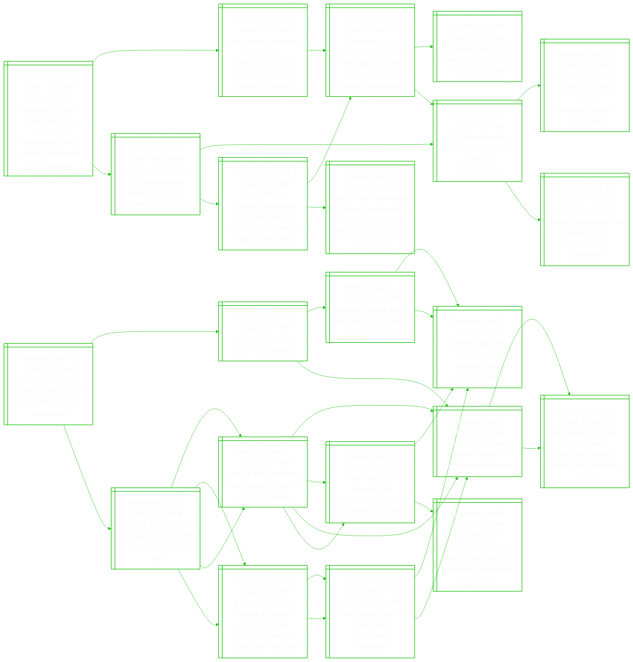
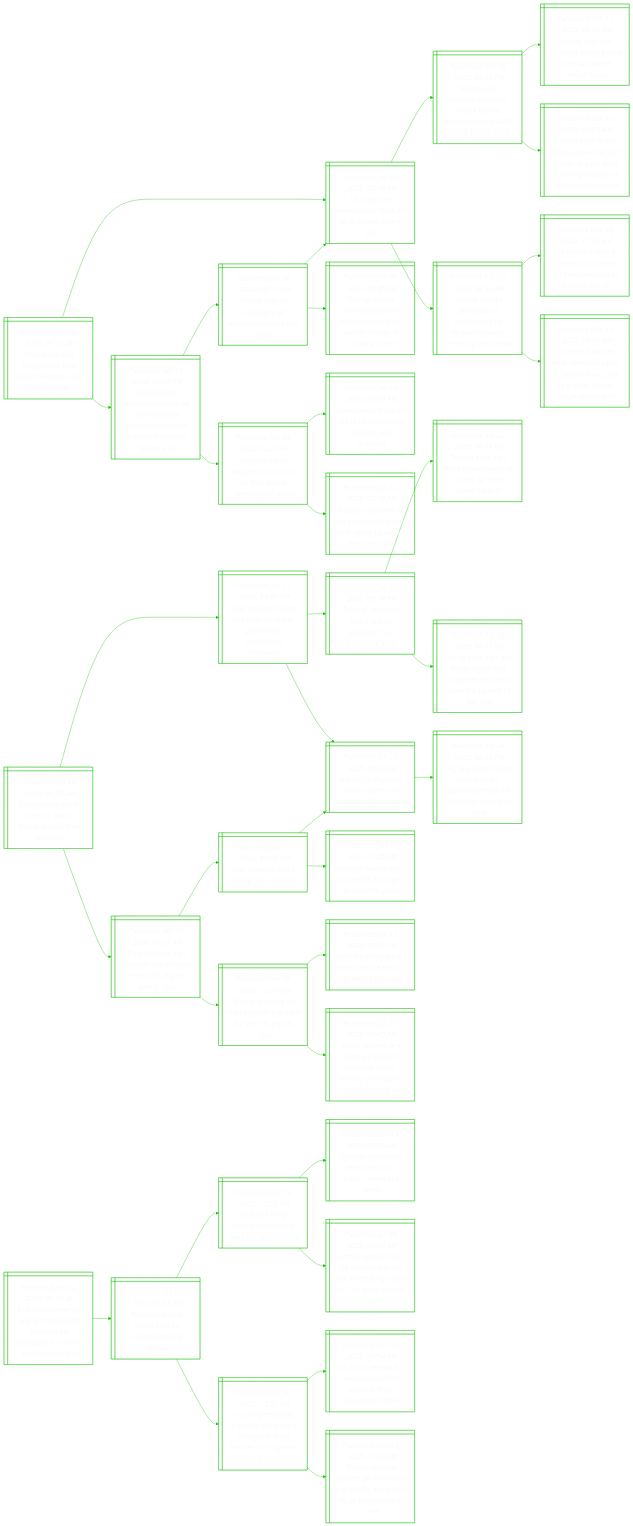
Before and after one commit to notJmes/notJmes: the diagram in README.md, drawn with Mermaid. The commit also changed other lines of this file, not shown here.

````diff
--- a/README.md
+++ b/README.md
@@ -16,115 +16,118 @@
 flowchart LR
 classDef txtsize font-size:20px;
 
-Uesisudecoeartrlhn@{ shape: win-pane, label: "_Published Jan 12, 2026, 01:52 AM_
-Us homeland security to send hundreds more officers to minnesota amid protests over fatal ice shooting" }
-FnyIognoaoaWHsr@{ shape: win-pane, label: "_Published Jan 11, 2026, 07:55 AM_
-Fbi’s inquiry into ice shooting in minneapolis faces doubts after white house’s remarks" }
-PsUhiaMasrhneiG@{ shape: win-pane, label: "_Published Jan 09, 2026, 07:04 AM_
-Protesters, us authorities clash in minneapolis after ice shooting of renee nicole good" }
-Itogntase@{ shape: win-pane, label: "_Published Jan 08, 2026, 06:11 PM_
-Ice fatal shooting of minnesota woman puts us on edge" }
-UiifflomMas@{ shape: win-pane, label: "_Published Jan 08, 2026, 06:35 AM_
-Us immigration officer fatally shoots woman in minneapolis" }
-Ndeonahntnins@{ shape: win-pane, label: "_Published Jan 10, 2026, 09:28 AM_
-New video emerges of minnesota ice shooting, further inflaming tensions" }
-UiifflomMas@{ shape: win-pane, label: "_Published Jan 08, 2026, 06:35 AM_
-Us immigration officer fatally shoots woman in minneapolis" }
-Coboyyuustlts@{ shape: win-pane, label: "_Published Jan 03, 2026, 10:23 AM_
-California ban on openly carrying guns is unconstitutional, court rules" }
-UgelbGaarmtei@{ shape: win-pane, label: "_Published Dec 12, 2025, 12:45 AM_
-Us judge orders kilmar abrego garcia released from immigration detention" }
-ToietafganefwaCo@{ shape: win-pane, label: "_Published Jan 10, 2026, 09:40 AM_
-Trump officials reopen thousands of refugee claims in minnesota following fatal ice shooting" }
-PsUhiaMasrhneiG@{ shape: win-pane, label: "_Published Jan 09, 2026, 07:04 AM_
-Protesters, us authorities clash in minneapolis after ice shooting of renee nicole good" }
-VseiderrtiutsDt@{ shape: win-pane, label: "_Published Jan 09, 2026, 08:07 AM_
-Vance says new anti-fraud prosecutor will report to white house, not us justice department" }
+Trtgotomtlr@{ shape: win-pane, label: "_Published Jan 12, 2026, 07:14 AM_
+Trump reposts suggestion that rubio become next cuba leader" }
+UtVuMorkms@{ shape: win-pane, label: "_Published Jan 03, 2026, 02:58 PM_
+Us captured venezuela’s maduro after strike, trump says" }
+Vuoilranhibai@{ shape: win-pane, label: "_Published Oct 10, 2025, 05:02 PM_
+Venezuelan opposition leader maria corina machado wins 2025 nobel peace prize" }
+TsonoeroelS@{ shape: win-pane, label: "_Published Oct 01, 2025, 05:12 AM_
+Trump says not winning nobel peace prize would be ‘insult’ to us" }
+TssHaossaaorslaoe@{ shape: win-pane, label: "_Published Oct 09, 2025, 05:09 AM_
+Trump says israel, hamas agree on first phase of gaza deal, allowing release of all israeli hostages" }
+Toskftdasitgz@{ shape: win-pane, label: "_Published Dec 17, 2025, 08:34 AM_
+Trump orders blockade of sanctioned oil tankers leaving, entering venezuela" }
+Uistitktvlanf@{ shape: win-pane, label: "_Published Dec 16, 2025, 11:09 AM_
+Us military says it carried out strikes on three vessels in eastern pacific" }
+Uznenltrwtphoon@{ shape: win-pane, label: "_Published Dec 13, 2025, 11:10 AM_
+Us seized tanker near venezuela just as warrant was set to expire, shows court document" }
+Vusnefpiresredoe@{ shape: win-pane, label: "_Published Jan 11, 2026, 08:20 PM_
+Venezuelans demand release of more political prisoners; ousted president maduro ‘doing well’" }
+TsSsoeady@{ shape: win-pane, label: "_Published Jan 08, 2026, 08:11 PM_
+Trump says us oversight of venezuela could last years" }
+Tieosoiutrttlyo@{ shape: win-pane, label: "_Published Jan 08, 2026, 08:46 AM_
+Trump invites colombia’s petro to white house after earlier threat of military action" }
+UtVuMorkms@{ shape: win-pane, label: "_Published Jan 03, 2026, 02:58 PM_
+Us captured venezuela’s maduro after strike, trump says" }
+MooaStccrmg@{ shape: win-pane, label: "_Published Jan 05, 2026, 03:20 PM_
+Maduro set to appear in us court to face narco-terrorism charges" }
+VuMoiuyytdn@{ shape: win-pane, label: "_Published Jan 04, 2026, 07:03 PM_
+Venezuela’s maduro sits in us custody as loyalists vow defiance" }
+MoibadwWocma@{ shape: win-pane, label: "_Published Jan 05, 2026, 02:15 PM_
+Maduro and wife to be arraigned in new york: what to expect from the case" }
 
-Uesisudecoeartrlhn:::txtsize --> FnyIognoaoaWHsr:::txtsize
-FnyIognoaoaWHsr:::txtsize --> PsUhiaMasrhneiG:::txtsize
-PsUhiaMasrhneiG:::txtsize --> Itogntase:::txtsize
-PsUhiaMasrhneiG:::txtsize --> UiifflomMas:::txtsize
-Uesisudecoeartrlhn:::txtsize --> Ndeonahntnins:::txtsize
-Ndeonahntnins:::txtsize --> UiifflomMas:::txtsize
-UiifflomMas:::txtsize --> Coboyyuustlts:::txtsize
-UiifflomMas:::txtsize --> UgelbGaarmtei:::txtsize
-Ndeonahntnins:::txtsize --> ToietafganefwaCo:::txtsize
-ToietafganefwaCo:::txtsize --> PsUhiaMasrhneiG:::txtsize
-ToietafganefwaCo:::txtsize --> VseiderrtiutsDt:::txtsize
+Trtgotomtlr:::txtsize --> UtVuMorkms:::txtsize
+UtVuMorkms:::txtsize --> Vuoilranhibai:::txtsize
+Vuoilranhibai:::txtsize --> TsonoeroelS:::txtsize
+Vuoilranhibai:::txtsize --> TssHaossaaorslaoe:::txtsize
+UtVuMorkms:::txtsize --> Toskftdasitgz:::txtsize
+Toskftdasitgz:::txtsize --> Uistitktvlanf:::txtsize
+Toskftdasitgz:::txtsize --> Uznenltrwtphoon:::txtsize
+Trtgotomtlr:::txtsize --> Vusnefpiresredoe:::txtsize
+Vusnefpiresredoe:::txtsize --> TsSsoeady:::txtsize
+TsSsoeady:::txtsize --> Tieosoiutrttlyo:::txtsize
+TsSsoeady:::txtsize --> UtVuMorkms:::txtsize
+Vusnefpiresredoe:::txtsize --> MooaStccrmg:::txtsize
+MooaStccrmg:::txtsize --> VuMoiuyytdn:::txtsize
+MooaStccrmg:::txtsize --> MoibadwWocma:::txtsize
 
+DsoLnsnaat@{ shape: win-pane, label: "_Published Jan 12, 2026, 06:59 AM_
+Demonstrators in london, paris, istanbul back iran protests" }
+Irthrarwrkmc@{ shape: win-pane, label: "_Published Jan 11, 2026, 04:30 PM_
+Iran protest death toll rises as alarm grows over crackdown ‘massacre’" }
+Saokdatocis@{ shape: win-pane, label: "_Published Jan 01, 2026, 07:34 PM_
+Several reported killed in iran protests over economic woes" }
+Tsrseeworre@{ shape: win-pane, label: "_Published Jun 22, 2025, 08:14 AM_
+Trump says iran must make peace or ‘we will go after’ other targets" }
+Tsrdeecedletdr@{ shape: win-pane, label: "_Published Jun 24, 2025, 06:17 AM_
+Trump says iran and israel agree to a ‘complete and total’ ceasefire to end 12-day war" }
+IDrenuibe@{ shape: win-pane, label: "_Published Jun 25, 2025, 05:00 AM_
+Iran’s ‘12-day war’ leaves plenty of unfinished business" }
+BenmTsueIlcfe@{ shape: win-pane, label: "_Published Jun 24, 2025, 02:30 PM_
+Big questions loom over trump’s announcement of israel-iran ceasefire deal" }
 DsIrtcersp@{ shape: win-pane, label: "_Published Jan 12, 2026, 01:35 AM_
 Deaths from iran protests reach more than 500, rights group says" }
 Ioseits@{ shape: win-pane, label: "_Published Jan 11, 2026, 05:10 PM_
 Iran vows to strike back if us attacks" }
 Dsedabgrte@{ shape: win-pane, label: "_Published Jan 11, 2026, 07:26 AM_
 Dozens feared dead as iran hit by largest protests in years" }
-Saokdatocis@{ shape: win-pane, label: "_Published Jan 01, 2026, 07:34 PM_
-Several reported killed in iran protests over economic woes" }
-Saokdatocis@{ shape: win-pane, label: "_Published Jan 01, 2026, 07:34 PM_
-Several reported killed in iran protests over economic woes" }
 IDrenuibe@{ shape: win-pane, label: "_Published Jun 25, 2025, 05:00 AM_
 Iran’s ‘12-day war’ leaves plenty of unfinished business" }
-BenmTsueIlcfe@{ shape: win-pane, label: "_Published Jun 24, 2025, 02:30 PM_
-Big questions loom over trump’s announcement of israel-iran ceasefire deal" }
 TbiIpsnres@{ shape: win-pane, label: "_Published Jan 12, 2026, 12:57 AM_
 Trump briefing on iran options planned for jan 13, report says" }
 SItehseosn@{ shape: win-pane, label: "_Published Jan 11, 2026, 06:57 PM_
 Son of iran’s toppled shah seeks a role as protests expand" }
-IDrenuibe@{ shape: win-pane, label: "_Published Jun 25, 2025, 05:00 AM_
-Iran’s ‘12-day war’ leaves plenty of unfinished business" }
-Ihfeatrreine@{ shape: win-pane, label: "_Published Jan 09, 2026, 06:01 PM_
-Iran shuts off internet as protesters start fires in widening unrest" }
 Ilrfgftfeoawlle@{ shape: win-pane, label: "_Published Jan 11, 2026, 09:45 PM_
 Iran’s leaders are facing a perfect storm of crises. bloody crackdown could spell the end" }
-Irthrarwrkmc@{ shape: win-pane, label: "_Published Jan 11, 2026, 04:30 PM_
-Iran protest death toll rises as alarm grows over crackdown ‘massacre’" }
 
+DsoLnsnaat:::txtsize --> Irthrarwrkmc:::txtsize
+Irthrarwrkmc:::txtsize --> Saokdatocis:::txtsize
+Saokdatocis:::txtsize --> Tsrseeworre:::txtsize
+Saokdatocis:::txtsize --> Tsrdeecedletdr:::txtsize
+Irthrarwrkmc:::txtsize --> IDrenuibe:::txtsize
+IDrenuibe:::txtsize --> BenmTsueIlcfe:::txtsize
+DsoLnsnaat:::txtsize --> DsIrtcersp:::txtsize
 DsIrtcersp:::txtsize --> Ioseits:::txtsize
 Ioseits:::txtsize --> Dsedabgrte:::txtsize
-Dsedabgrte:::txtsize --> Saokdatocis:::txtsize
-Dsedabgrte:::txtsize --> Saokdatocis:::txtsize
 Ioseits:::txtsize --> IDrenuibe:::txtsize
-IDrenuibe:::txtsize --> BenmTsueIlcfe:::txtsize
 DsIrtcersp:::txtsize --> TbiIpsnres:::txtsize
 TbiIpsnres:::txtsize --> SItehseosn:::txtsize
-SItehseosn:::txtsize --> IDrenuibe:::txtsize
-SItehseosn:::txtsize --> Ihfeatrreine:::txtsize
 TbiIpsnres:::txtsize --> Ilrfgftfeoawlle:::txtsize
-Ilrfgftfeoawlle:::txtsize --> Irthrarwrkmc:::txtsize
 
-TbiIpsnres@{ shape: win-pane, label: "_Published Jan 12, 2026, 12:57 AM_
-Trump briefing on iran options planned for jan 13, report says" }
-SItehseosn@{ shape: win-pane, label: "_Published Jan 11, 2026, 06:57 PM_
-Son of iran’s toppled shah seeks a role as protests expand" }
-IDrenuibe@{ shape: win-pane, label: "_Published Jun 25, 2025, 05:00 AM_
-Iran’s ‘12-day war’ leaves plenty of unfinished business" }
-BenmTsueIlcfe@{ shape: win-pane, label: "_Published Jun 24, 2025, 02:30 PM_
-Big questions loom over trump’s announcement of israel-iran ceasefire deal" }
-Ihfeatrreine@{ shape: win-pane, label: "_Published Jan 09, 2026, 06:01 PM_
-Iran shuts off internet as protesters start fires in widening unrest" }
-Saokdatocis@{ shape: win-pane, label: "_Published Jan 01, 2026, 07:34 PM_
-Several reported killed in iran protests over economic woes" }
-Uaseynncueoiu@{ shape: win-pane, label: "_Published Jan 09, 2026, 05:41 AM_
-Us treasury’s bessent says iran facing precarious moment, economy in trouble" }
-Ilrfgftfeoawlle@{ shape: win-pane, label: "_Published Jan 11, 2026, 09:45 PM_
-Iran’s leaders are facing a perfect storm of crises. bloody crackdown could spell the end" }
-Irthrarwrkmc@{ shape: win-pane, label: "_Published Jan 11, 2026, 04:30 PM_
-Iran protest death toll rises as alarm grows over crackdown ‘massacre’" }
-Saokdatocis@{ shape: win-pane, label: "_Published Jan 01, 2026, 07:34 PM_
-Several reported killed in iran protests over economic woes" }
-IDrenuibe@{ shape: win-pane, label: "_Published Jun 25, 2025, 05:00 AM_
-Iran’s ‘12-day war’ leaves plenty of unfinished business" }
+BirSyednagoieti@{ shape: win-pane, label: "_Published Jan 12, 2026, 06:37 AM_
+Britain’s former us envoy mandelson declines to apologise to victims over epstein ties" }
+Rlluioiut@{ shape: win-pane, label: "_Published Jan 09, 2026, 05:31 AM_
+Republican-led house fails to override trump vetoes" }
+Togposfsf@{ shape: win-pane, label: "_Published Dec 19, 2025, 12:55 PM_
+‘took too long’: trump supporters wait for epstein files" }
+Eieeaobhe@{ shape: win-pane, label: "_Published Nov 19, 2025, 08:35 AM_
+Epstein files to be released to us public: what are they?" }
+Jetisdntigntvem@{ shape: win-pane, label: "_Published Jul 08, 2025, 04:02 AM_
+Jeffrey epstein died by suicide, has no sex trafficking ‘client list’: us government memo" }
+Ugiptpboeineti@{ shape: win-pane, label: "_Published Jan 08, 2026, 11:51 AM_
+Us congressional panel to subpoena billionaire leslie wexner over epstein ties" }
+Utilpotionw@{ shape: win-pane, label: "_Published Dec 31, 2025, 01:54 PM_
+Us doj to review 5.2 million pages of epstein files, document shows" }
+Tfnetseogpce@{ shape: win-pane, label: "_Published Dec 24, 2025, 01:08 AM_
+Trump flew on epstein jet 8 times in the 1990s, according to us prosecutor e-mail" }
 
-TbiIpsnres:::txtsize --> SItehseosn:::txtsize
-SItehseosn:::txtsize --> IDrenuibe:::txtsize
-IDrenuibe:::txtsize --> BenmTsueIlcfe:::txtsize
-SItehseosn:::txtsize --> Ihfeatrreine:::txtsize
-Ihfeatrreine:::txtsize --> Saokdatocis:::txtsize
-Ihfeatrreine:::txtsize --> Uaseynncueoiu:::txtsize
-TbiIpsnres:::txtsize --> Ilrfgftfeoawlle:::txtsize
-Ilrfgftfeoawlle:::txtsize --> Irthrarwrkmc:::txtsize
-Irthrarwrkmc:::txtsize --> Saokdatocis:::txtsize
-Irthrarwrkmc:::txtsize --> IDrenuibe:::txtsize
+BirSyednagoieti:::txtsize --> Rlluioiut:::txtsize
+Rlluioiut:::txtsize --> Togposfsf:::txtsize
+Togposfsf:::txtsize --> Eieeaobhe:::txtsize
+Togposfsf:::txtsize --> Jetisdntigntvem:::txtsize
+Rlluioiut:::txtsize --> Ugiptpboeineti:::txtsize
+Ugiptpboeineti:::txtsize --> Utilpotionw:::txtsize
+Ugiptpboeineti:::txtsize --> Tfnetseogpce:::txtsize
 
 ```
````
